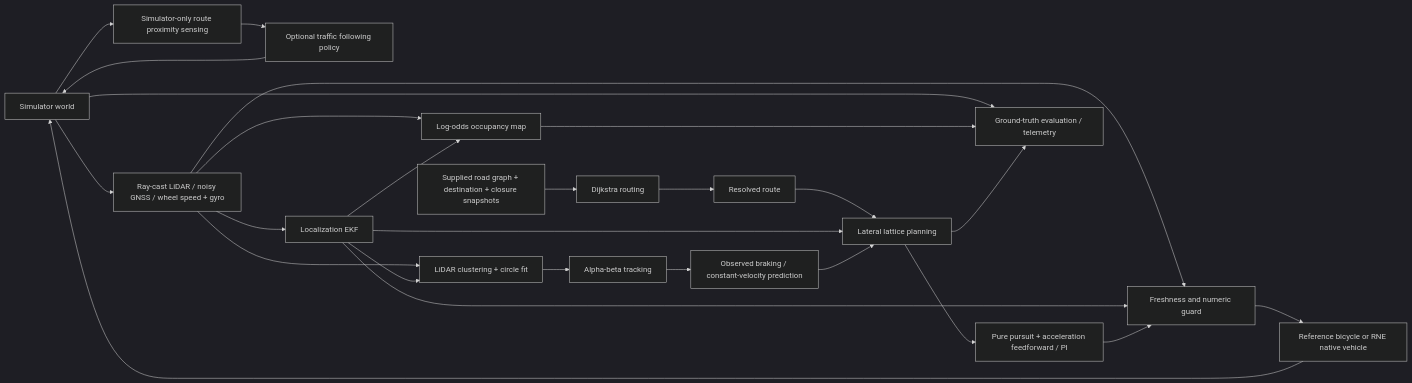
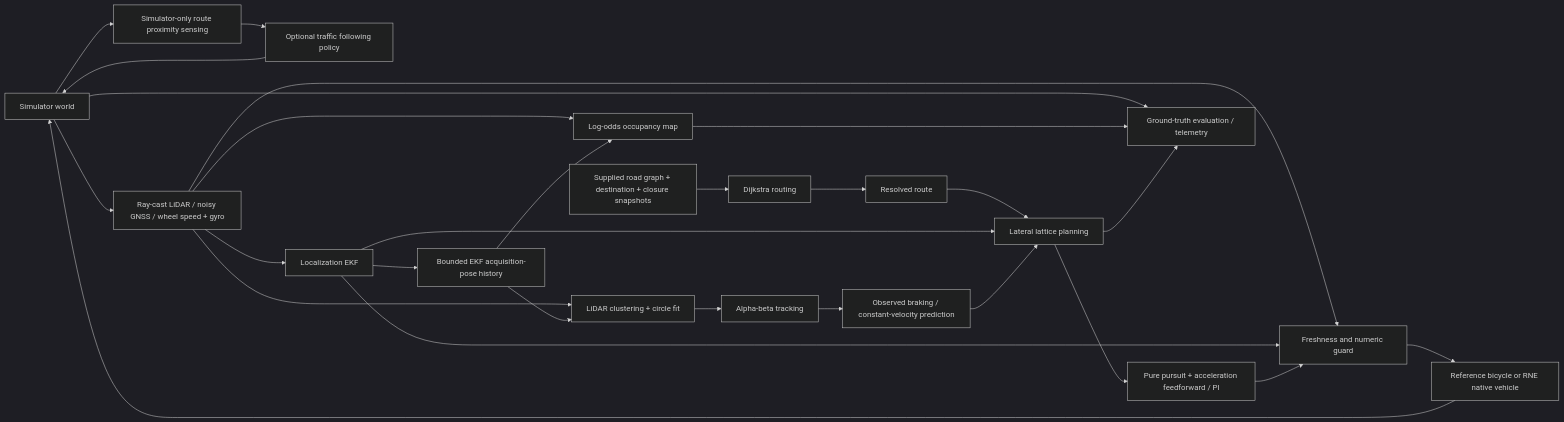
One commit to rsasaki0109/rust_drive changed the diagram in docs/architecture.md. Above: the diagram before and after it, drawn with Mermaid (dark theme). The commit also changed other lines of this file and 23 other files, not shown here.

````diff
--- a/docs/architecture.md
+++ b/docs/architecture.md
@@ -9,28 +9,29 @@
 ```mermaid
 flowchart LR
   W[Simulator world] --> S[Ray-cast LiDAR / noisy GNSS / wheel speed + gyro]
   W --> AS[Simulator-only route proximity sensing]
   AS --> AC[Optional traffic following policy]
   AC --> W
   S --> L[Localization EKF]
   S --> P[LiDAR clustering + circle fit]
-  L --> P
+  L --> H[Bounded EKF acquisition-pose history]
+  H --> P
   P --> T[Alpha-beta tracking]
   T --> F[Observed braking / constant-velocity prediction]
   S --> M[Log-odds occupancy map]
-  L --> M
+  H --> M
   N[Supplied road graph + destination + closure snapshots] --> D[Dijkstra routing]
   D --> R[Resolved route]
   R --> A[Lateral lattice planning]
   L --> A
   F --> A
   A --> C[Pure pursuit + acceleration feedforward / PI]
   S --> G[Freshness and numeric guard]
   L --> G
   C --> G
   G --> B[Reference bicycle or RNE native vehicle]
   B --> W
   W --> E[Ground-truth evaluation / telemetry]
   M --> E
   A --> E
 ```
````
